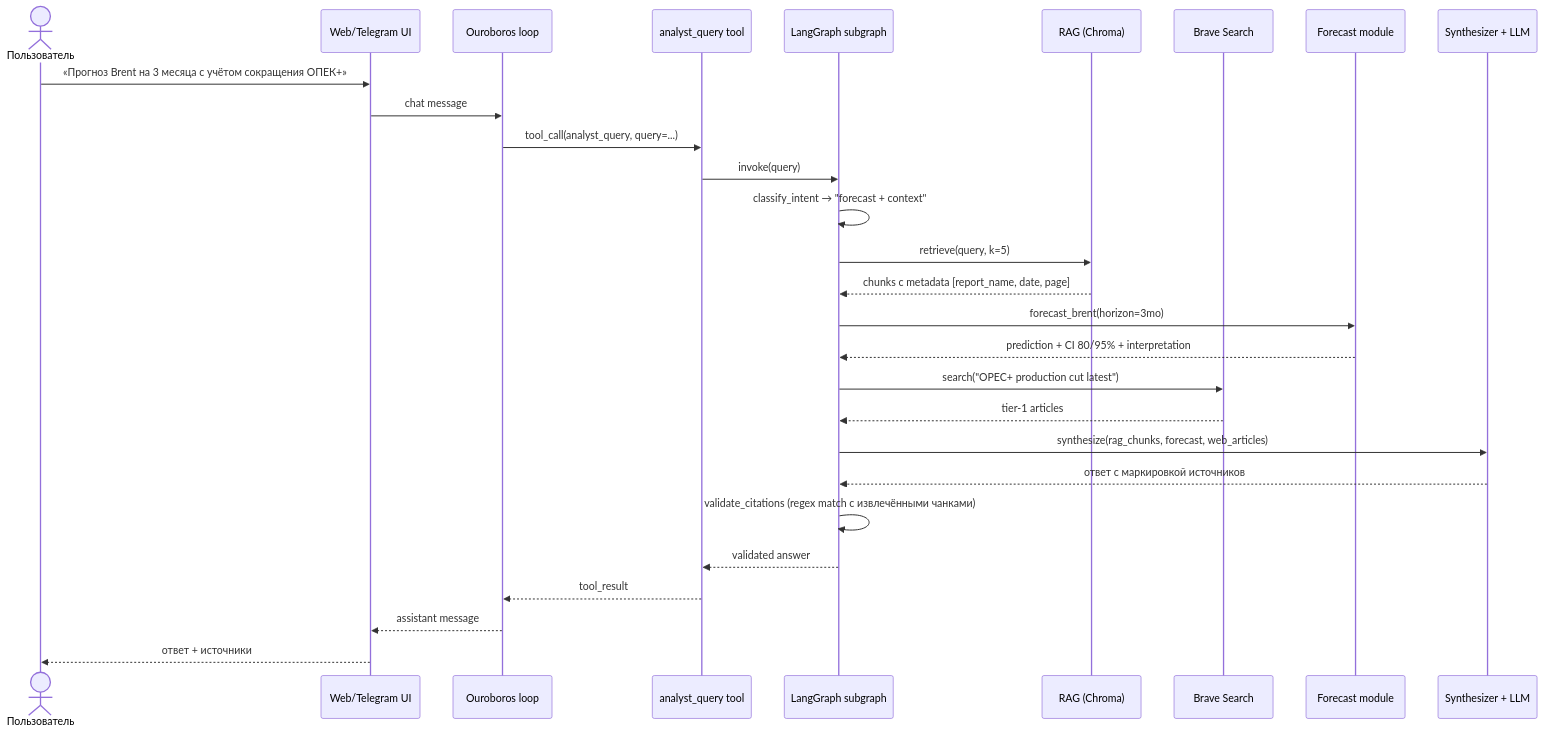
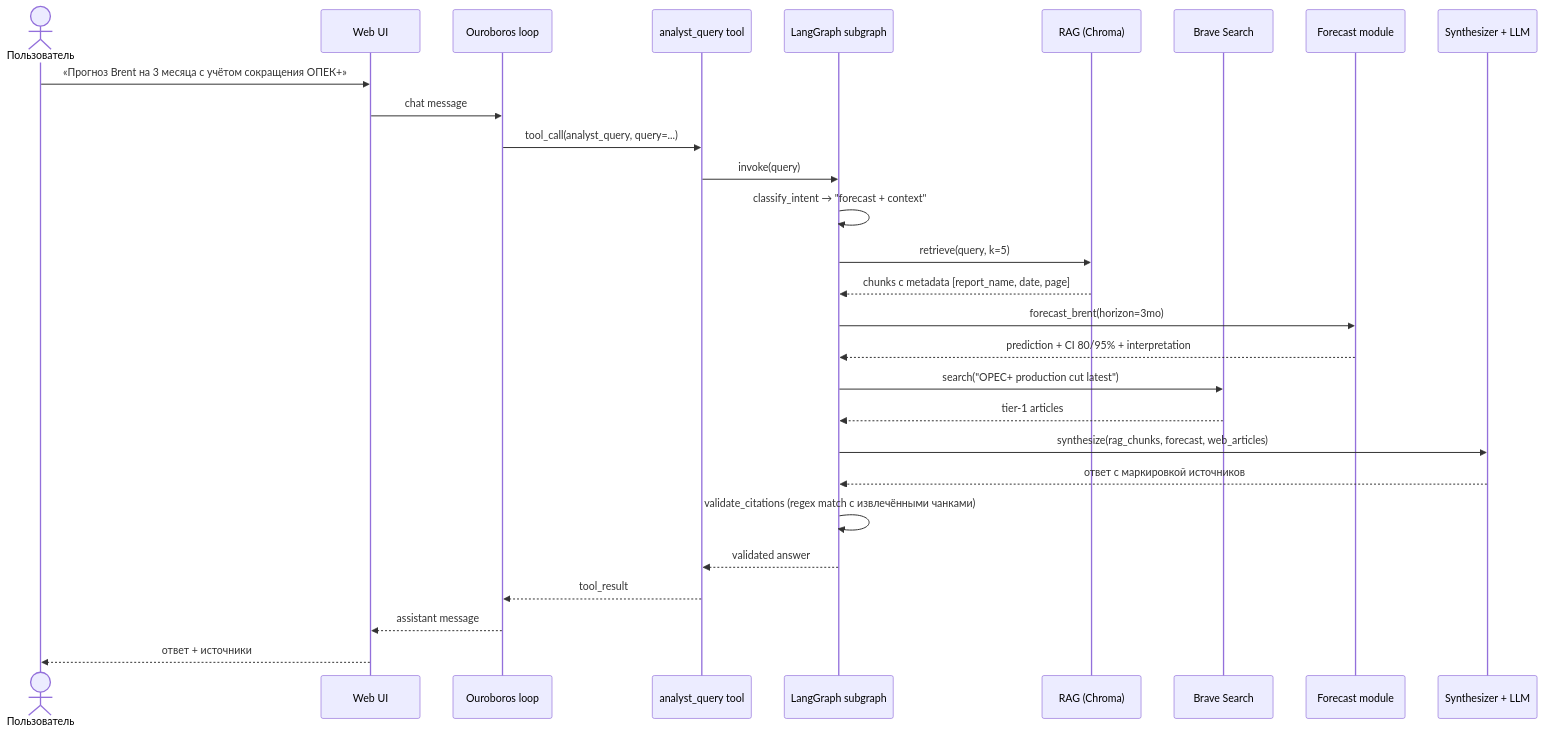
One commit to ArtemSamoilov/nefteboros changed the second of 2 diagrams in docs/architecture.md. Above: the diagram before and after it, drawn with Mermaid. The commit also changed other lines of this file and 7 other files, not shown here.

First line of the commit message:
fix(arch,observability): mermaid render + remove TG + ADR-0024 ref cleanup

````diff
--- a/docs/architecture.md
+++ b/docs/architecture.md
@@ -63,31 +62,31 @@
 ```mermaid
 sequenceDiagram
     actor U as Пользователь
-    participant UI as Web/Telegram UI
+    participant UI as Web UI
     participant L as Ouroboros loop
     participant T as analyst_query tool
     participant G as LangGraph subgraph
     participant R as RAG (Chroma)
     participant W as Brave Search
     participant F as Forecast module
     participant S as Synthesizer + LLM
 
     U->>UI: «Прогноз Brent на 3 месяца с учётом сокращения ОПЕК+»
     UI->>L: chat message
     L->>T: tool_call(analyst_query, query=...)
     T->>G: invoke(query)
     G->>G: classify_intent → "forecast + context"
     G->>R: retrieve(query, k=5)
     R-->>G: chunks с metadata [report_name, date, page]
     G->>F: forecast_brent(horizon=3mo)
     F-->>G: prediction + CI 80/95% + interpretation
     G->>W: search("OPEC+ production cut latest")
     W-->>G: tier-1 articles
     G->>S: synthesize(rag_chunks, forecast, web_articles)
     S-->>G: ответ с маркировкой источников
     G->>G: validate_citations (regex match с извлечёнными чанками)
     G-->>T: validated answer
     T-->>L: tool_result
     L-->>UI: assistant message
     UI-->>U: ответ + источники
 ```
````
